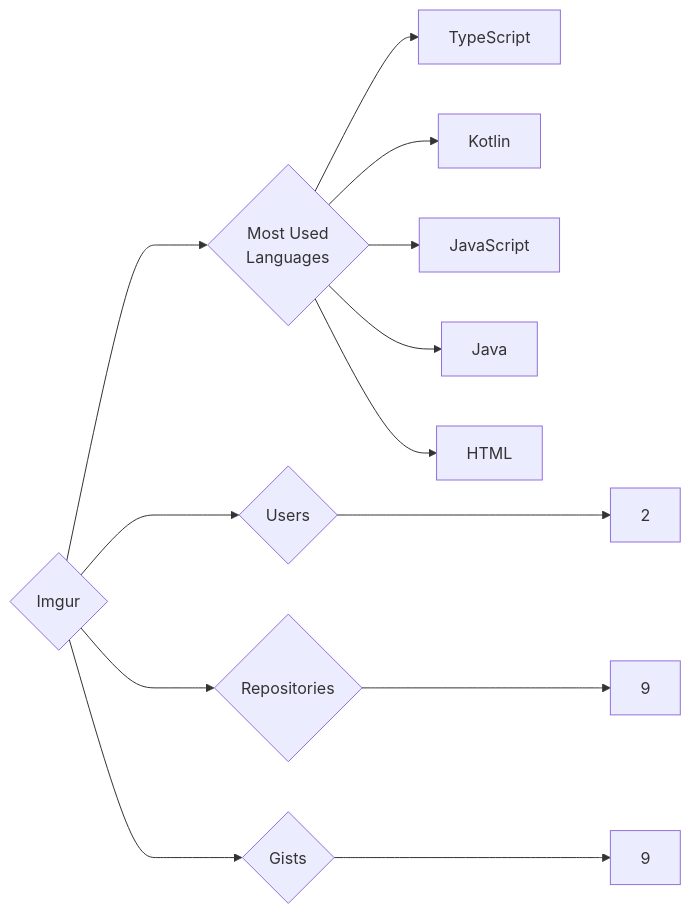
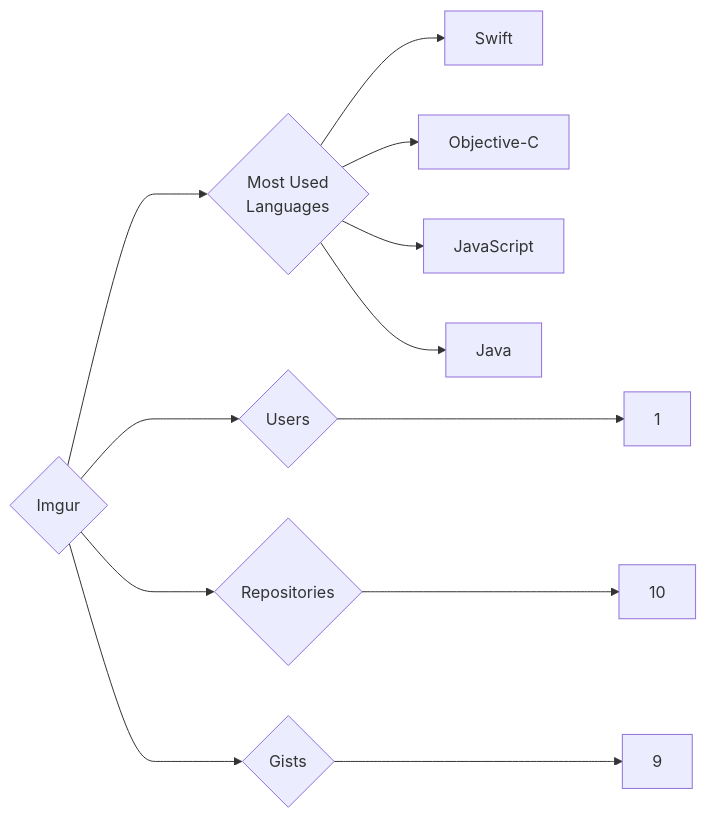
Before and after one commit to trickest/insiders: the diagram in targets/Imgur/README.md, drawn with Mermaid. The commit also changed 610 other files, not shown here.

````diff
--- a/targets/Imgur/README.md
+++ b/targets/Imgur/README.md
@@ -3,13 +3,12 @@
 ```mermaid
 graph LR
 COMPANY_NAME{Imgur}
-COMPANY_NAME ---> U{Users} ---> UN[2]
-COMPANY_NAME ---> R{Repositories} ---> RN[9]
+COMPANY_NAME ---> U{Users} ---> UN[1]
+COMPANY_NAME ---> R{Repositories} ---> RN[10]
 COMPANY_NAME ---> G{Gists} ---> GN[9]
 COMPANY_NAME ---> ML{Most Used<br>Languages}
-ML --> TypeScript[TypeScript]
-ML --> Kotlin[Kotlin]
+ML --> Swift[Swift]
+ML --> Objective-C[Objective-C]
 ML --> JavaScript[JavaScript]
 ML --> Java[Java]
-ML --> HTML[HTML]
 ```
````
